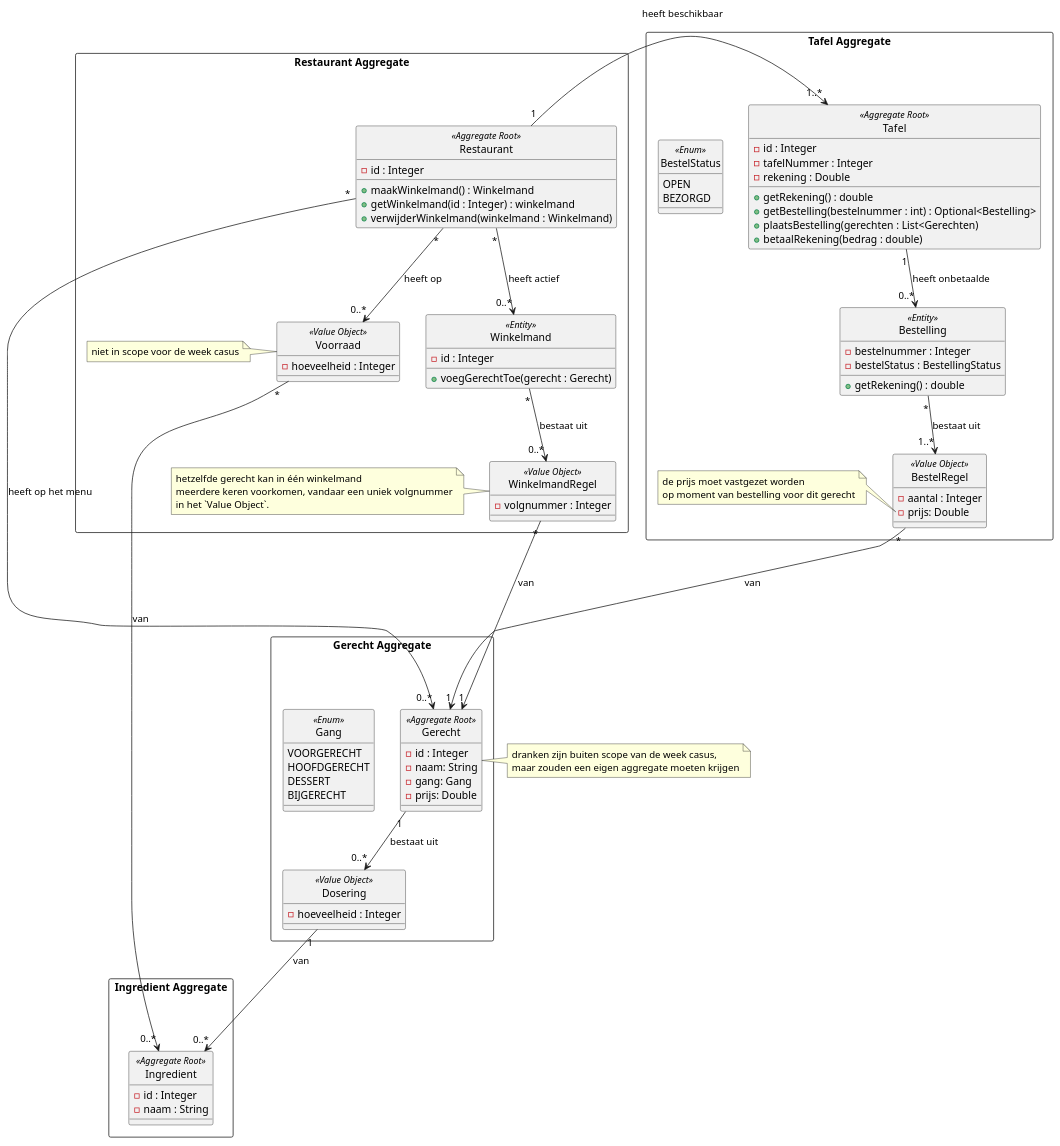
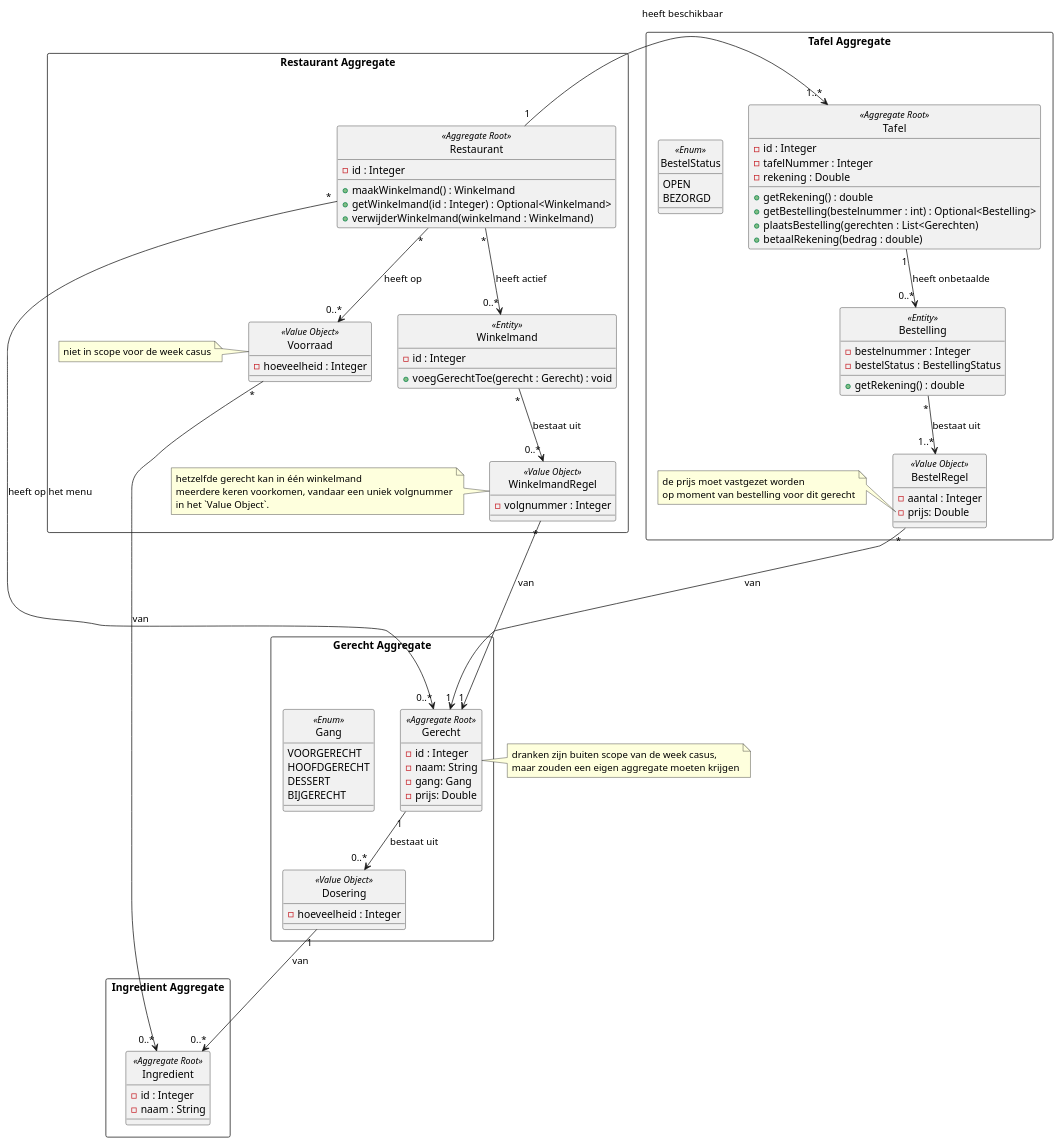
One commit to AIM-ENE/doex-opdracht-4 changed the diagram in weekopdracht/documentatie/stap 2/domeinmodel.puml. Above: the diagram before and after it, drawn with PlantUML.

Commit message:
aanscherpen week casus

```diff
--- a/weekopdracht/documentatie/stap 2/domeinmodel.puml
+++ b/weekopdracht/documentatie/stap 2/domeinmodel.puml
@@ -1,113 +1,113 @@
 @startuml
 
 hide circle
 
 rectangle "Restaurant Aggregate\n" {
     class Restaurant <<Aggregate Root>> {
         - id : Integer
 
         + maakWinkelmand() : Winkelmand
-        + getWinkelmand(id : Integer) : winkelmand
+        + getWinkelmand(id : Integer) : Optional<Winkelmand>
         + verwijderWinkelmand(winkelmand : Winkelmand)
     }
     class Winkelmand <<Entity>> {
         - id : Integer
 
-        +voegGerechtToe(gerecht : Gerecht)
+        +voegGerechtToe(gerecht : Gerecht) : void
     }
     class WinkelmandRegel <<Value Object>> {
         - volgnummer : Integer
     }
     class Voorraad <<Value Object>> {
         - hoeveelheid : Integer
     }
     note left of WinkelmandRegel
             hetzelfde gerecht kan in één winkelmand
             meerdere keren voorkomen, vandaar een uniek volgnummer
             in het `Value Object`.
     end note
     note left of Voorraad
         niet in scope voor de week casus
     end note
 }
 
 rectangle "Tafel Aggregate\n" {
     class Tafel <<Aggregate Root>> {
         - id : Integer
         - tafelNummer : Integer
         - rekening : Double
 
         + getRekening() : double
         + getBestelling(bestelnummer : int) : Optional<Bestelling>
         + plaatsBestelling(gerechten : List<Gerechten)
         + betaalRekening(bedrag : double)
     }
     class Bestelling <<Entity>> {
         - bestelnummer : Integer
         - bestelStatus : BestellingStatus
 
         + getRekening() : double
     }
     enum BestelStatus <<Enum>> {
             OPEN
             BEZORGD
     }
     class BestelRegel <<Value Object>> {
         - aantal : Integer
         - prijs: Double
     }
 
 
     note left of BestelRegel::prijs
         de prijs moet vastgezet worden
         op moment van bestelling voor dit gerecht
     end note
 }
 
 rectangle "Gerecht Aggregate\n" {
     class Gerecht <<Aggregate Root>> {
         - id : Integer
         - naam: String
         - gang: Gang
         - prijs: Double
     }
     class Dosering <<Value Object>> {
         - hoeveelheid : Integer
     }
     enum Gang <<Enum>> {
             VOORGERECHT
             HOOFDGERECHT
             DESSERT
             BIJGERECHT
     }
 }
 note right of Gerecht
         dranken zijn buiten scope van de week casus,
         maar zouden een eigen aggregate moeten krijgen
 end note
 
 rectangle "Ingredient Aggregate\n" {
     class Ingredient <<Aggregate Root>> {
         - id : Integer
         - naam : String
     }
 }
 
 Restaurant "1" -r-> "1..*" Tafel            : heeft beschikbaar
 Restaurant "*" --> "0..*" Winkelmand        : heeft actief
 Restaurant "*" --> "0..*" Voorraad          : heeft op
 Restaurant "*" --> "0..*" Gerecht           : heeft op het menu
 
 Winkelmand "*" --> "0..*" WinkelmandRegel   : bestaat uit
 WinkelmandRegel "*" --> "1" Gerecht         : van
 
 Tafel "1" --> "0..*" Bestelling             : heeft onbetaalde
 Bestelling "*" --> "1..*" BestelRegel       : bestaat uit
 BestelRegel "*" ---> "1" Gerecht            : van
 
 Gerecht "1" --> "0..*" Dosering             : bestaat uit
 Dosering "1" --> "0..*" Ingredient          : van
 
 Voorraad "*" --> "0..*" Ingredient          : van
 
 @enduml
```
